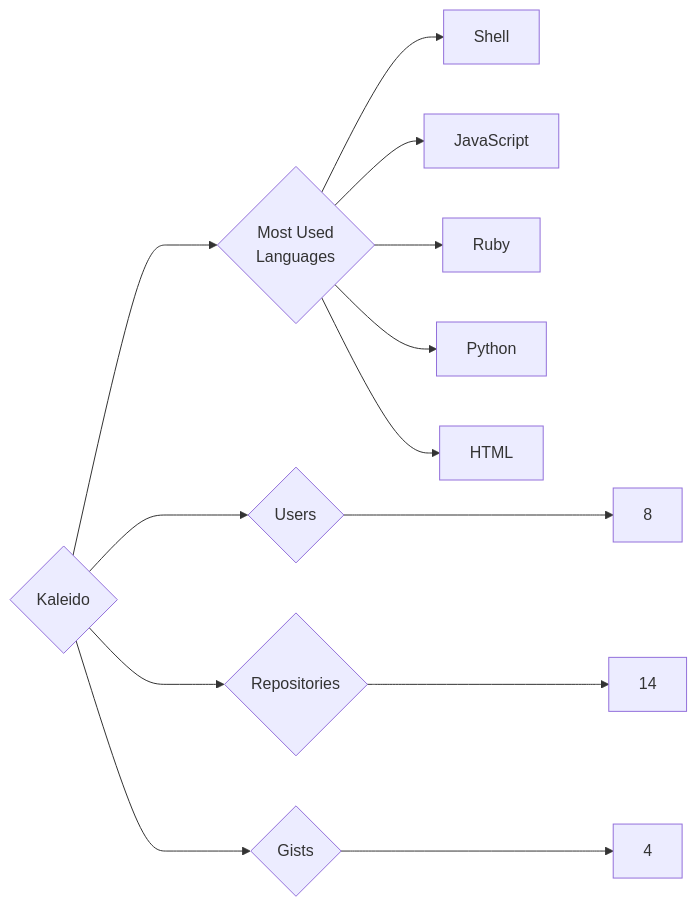
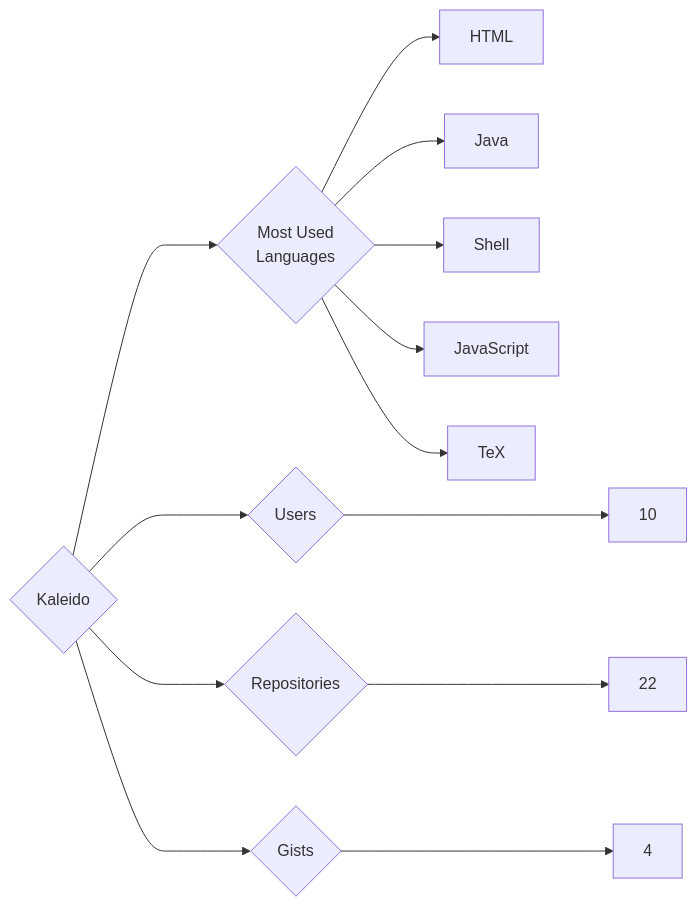
The diagram in targets/Kaleido/README.md (trickest/insiders), drawn with Mermaid before and after one commit. The commit also changed 1496 other files, not shown here.

````diff
--- a/targets/Kaleido/README.md
+++ b/targets/Kaleido/README.md
@@ -3,13 +3,13 @@
 ```mermaid
 graph LR
 COMPANY_NAME{Kaleido}
-COMPANY_NAME ---> U{Users} ---> UN[8]
-COMPANY_NAME ---> R{Repositories} ---> RN[14]
+COMPANY_NAME ---> U{Users} ---> UN[10]
+COMPANY_NAME ---> R{Repositories} ---> RN[22]
 COMPANY_NAME ---> G{Gists} ---> GN[4]
 COMPANY_NAME ---> ML{Most Used<br>Languages}
+ML --> HTML[HTML]
+ML --> Java[Java]
 ML --> Shell[Shell]
 ML --> JavaScript[JavaScript]
-ML --> Ruby[Ruby]
-ML --> Python[Python]
-ML --> HTML[HTML]
+ML --> TeX[TeX]
 ```
````
